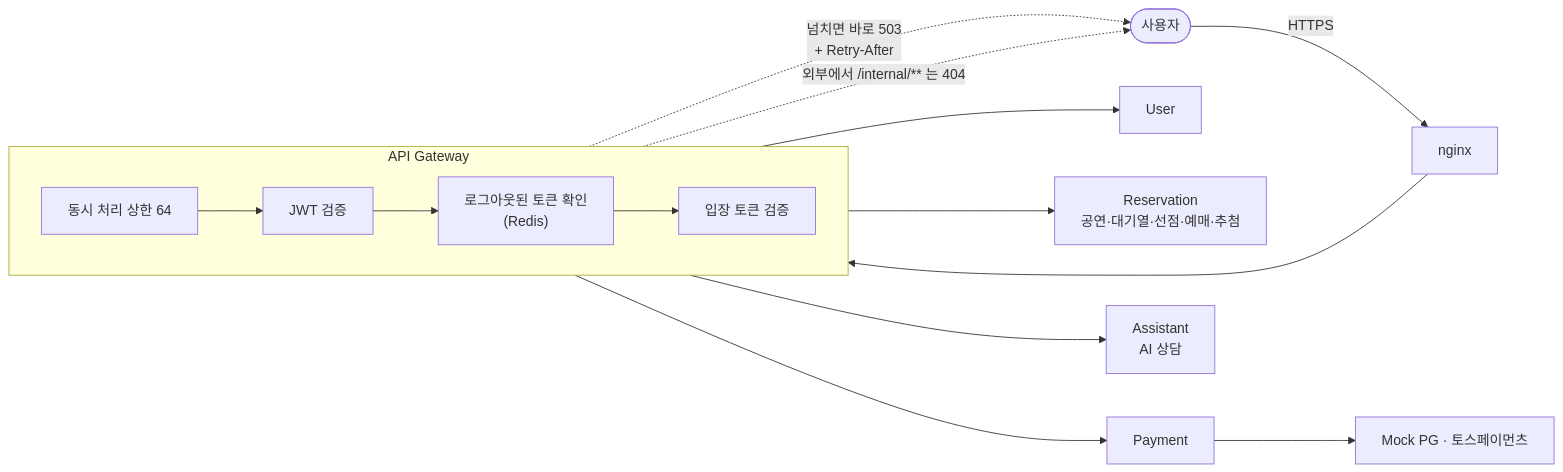
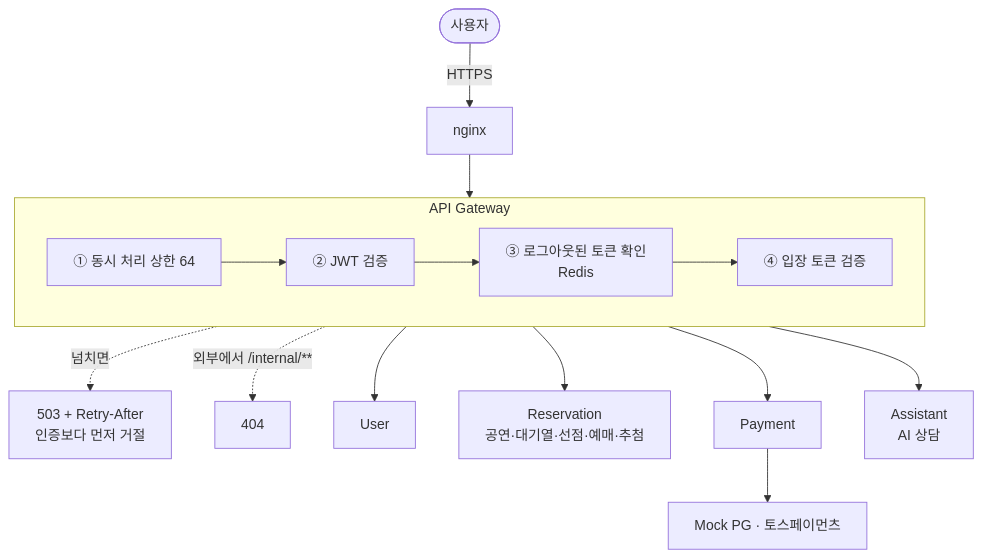
One commit to GGangMY/high-quality-ticketing-system changed the second of 8 diagrams in README.md. Above: the diagram before and after it, drawn with Mermaid. The commit also changed other lines of this file, not shown here.

Commit message:
docs(readme): 다이어그램 배치를 GitHub 화면 폭에 맞게 고치고 배지를 키움 #ISE-308

````diff
--- a/README.md
+++ b/README.md
@@ -142,20 +142,20 @@
 ```mermaid
-flowchart LR
+flowchart TB
   U(["사용자"]) -->|HTTPS| N["nginx"]
   N --> G1
 
   subgraph GW["API Gateway"]
     direction LR
-    G1["동시 처리 상한 64"] --> G2["JWT 검증"]
-    G2 --> G3["로그아웃된 토큰 확인<br/>(Redis)"]
-    G3 --> G4["입장 토큰 검증"]
+    G1["① 동시 처리 상한 64"] --> G2["② JWT 검증"]
+    G2 --> G3["③ 로그아웃된 토큰 확인<br/>Redis"]
+    G3 --> G4["④ 입장 토큰 검증"]
   end
 
-  G1 -.->|"넘치면 바로 503<br/>+ Retry-After"| U
-  GW -.->|"외부에서 /internal/** 는 404"| U
+  G1 -.->|넘치면| R503["503 + Retry-After<br/>인증보다 먼저 거절"]
+  G2 -.->|"외부에서 /internal/**"| R404["404"]
   G4 --> USR["User"]
   G4 --> RES["Reservation<br/>공연·대기열·선점·예매·추첨"]
   G4 --> PAY["Payment"]
   G4 --> AI["Assistant<br/>AI 상담"]
   PAY --> PG["Mock PG · 토스페이먼츠"]
 ```
````
